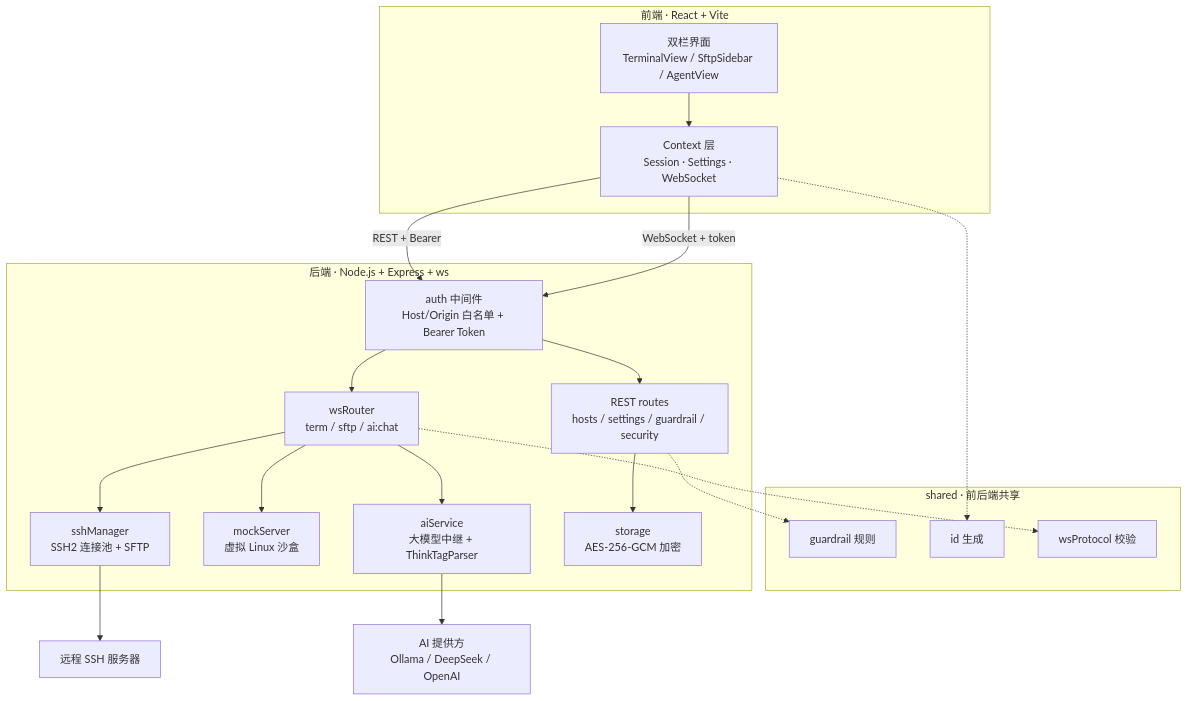
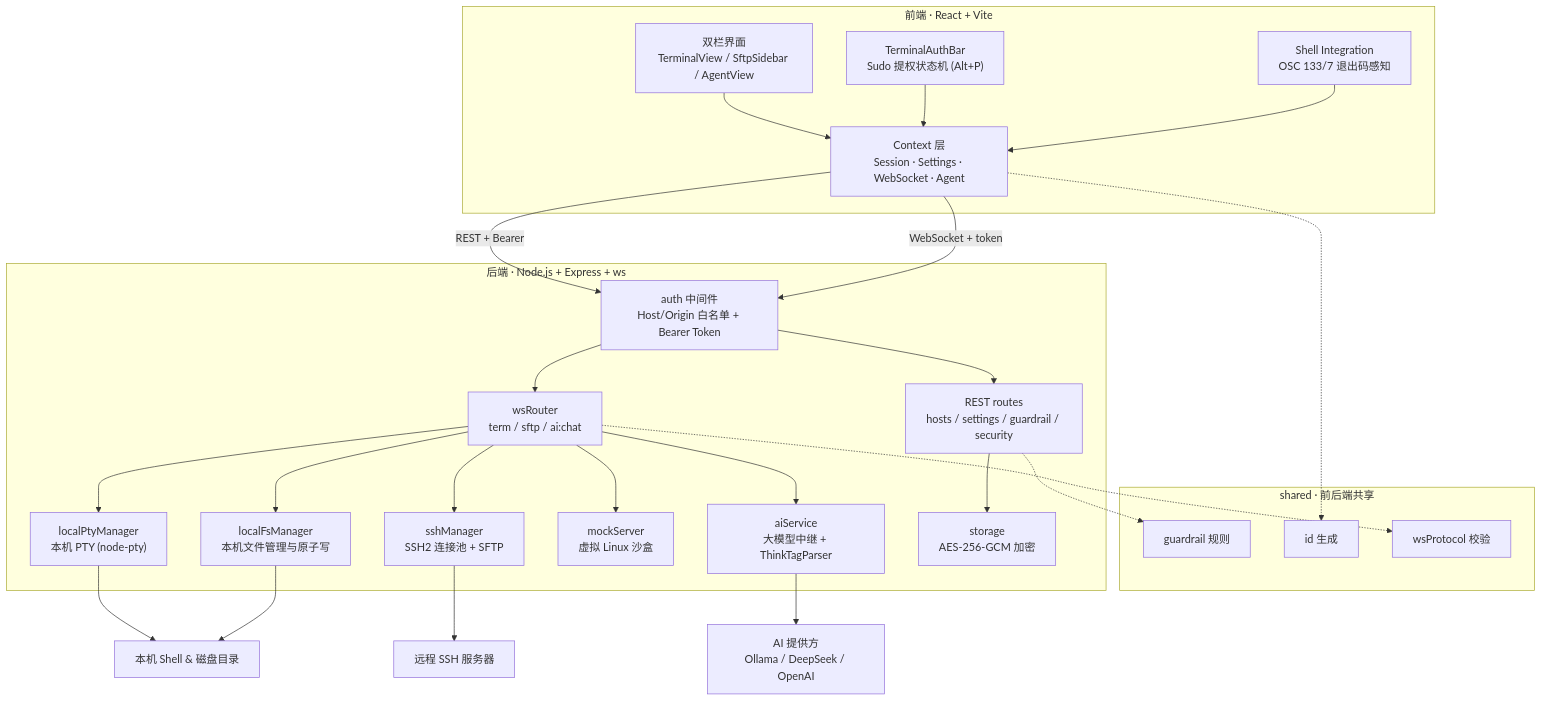
Before and after one commit to sheilacraig/MonoTerminal: the diagram in README.md, drawn with Mermaid. The commit also changed other lines of this file and 3 other files, not shown here.

````diff
--- a/README.md
+++ b/README.md
@@ -167,42 +198,53 @@
 ```mermaid
 flowchart TB
     subgraph Client["前端 · React + Vite"]
         UI["双栏界面<br/>TerminalView / SftpSidebar / AgentView"]
-        CTX["Context 层<br/>Session · Settings · WebSocket"]
+        AUTH_BAR["TerminalAuthBar<br/>Sudo 提权状态机 (Alt+P)"]
+        OSC["Shell Integration<br/>OSC 133/7 退出码感知"]
+        CTX["Context 层<br/>Session · Settings · WebSocket · Agent"]
         UI --> CTX
+        AUTH_BAR --> CTX
+        OSC --> CTX
     end
 
     subgraph Shared["shared · 前后端共享"]
         GR["guardrail 规则"]
         ID["id 生成"]
         WSP["wsProtocol 校验"]
     end
 
     subgraph Server["后端 · Node.js + Express + ws"]
         AUTH["auth 中间件<br/>Host/Origin 白名单 + Bearer Token"]
         ROUTES["REST routes<br/>hosts / settings / guardrail / security"]
         WSR["wsRouter<br/>term / sftp / ai:chat"]
+        PTY["localPtyManager<br/>本机 PTY (node-pty)"]
+        LFS["localFsManager<br/>本机文件管理与原子写"]
         SSH["sshManager<br/>SSH2 连接池 + SFTP"]
         MOCK["mockServer<br/>虚拟 Linux 沙盒"]
         AI["aiService<br/>大模型中继 + ThinkTagParser"]
         STORE["storage<br/>AES-256-GCM 加密"]
     end
 
+    EXT_LOCAL["本机 Shell & 磁盘目录"]
     EXT_SSH["远程 SSH 服务器"]
     EXT_AI["AI 提供方<br/>Ollama / DeepSeek / OpenAI"]
 
     CTX -->|"REST + Bearer"| AUTH
     CTX -->|"WebSocket + token"| AUTH
     AUTH --> ROUTES
     AUTH --> WSR
     ROUTES --> STORE
+    WSR --> PTY
+    WSR --> LFS
     WSR --> SSH
     WSR --> MOCK
     WSR --> AI
+    PTY --> EXT_LOCAL
+    LFS --> EXT_LOCAL
     SSH --> EXT_SSH
     AI --> EXT_AI
 
     CTX -.-> ID
     ROUTES -.-> GR
     WSR -.-> WSP
 ```
````
